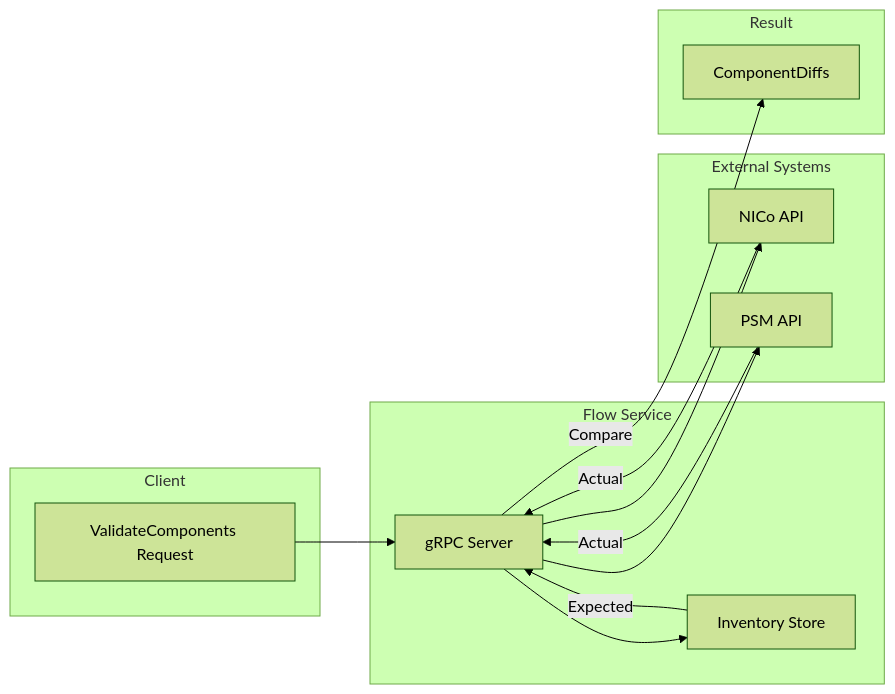
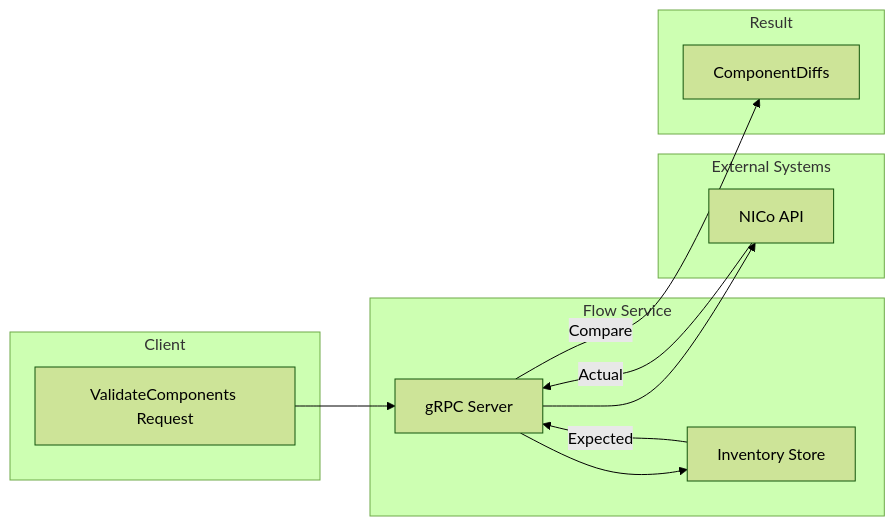
The third of 3 diagrams in rest-api/flow/docs/flow-architecture.md (NVIDIA/bare-metal-manager-core), drawn with Mermaid (forest theme) before and after one commit. The commit also changed other lines of this file and 46 other files, not shown here.

First line of the commit message:
chore(flow): remove direct PSM/NSM integrations

````diff
--- a/rest-api/flow/docs/flow-architecture.md
+++ b/rest-api/flow/docs/flow-architecture.md
@@ -416,29 +412,26 @@
 ```mermaid
 flowchart LR
     subgraph client [Client]
         req[ValidateComponents Request]
     end
 
     subgraph flow [Flow Service]
         server[gRPC Server]
         invStore[Inventory Store]
     end
 
     subgraph external [External Systems]
         nico[NICo API]
-        psm[PSM API]
     end
 
     subgraph result [Result]
         diff[ComponentDiffs]
     end
 
     req --> server
     server --> invStore
     invStore -->|Expected| server
     server --> nico
-    server --> psm
     nico -->|Actual| server
-    psm -->|Actual| server
     server -->|Compare| diff
 ```
````
